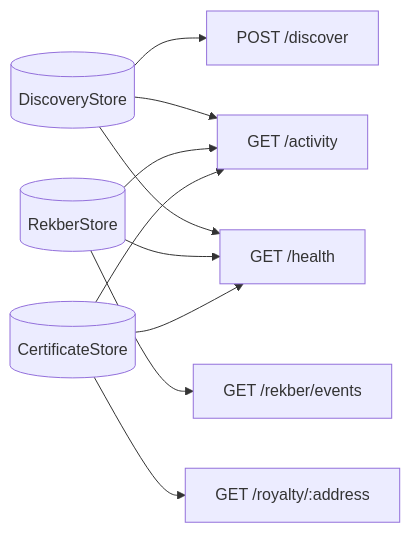
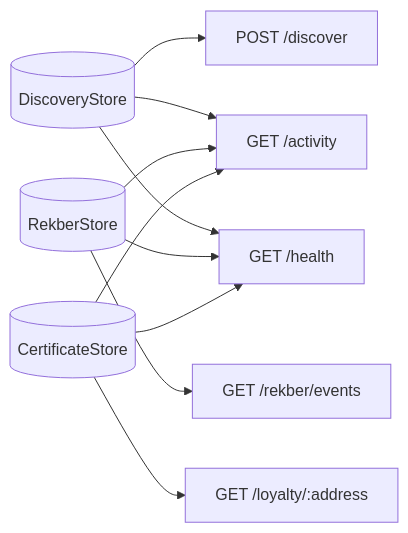
The fourth of 5 diagrams in docs/technical/backend/architecture.md (DXJLabs/vinss), drawn with Mermaid before and after one commit. The commit also changed other lines of this file and 14 other files, not shown here.

````diff
--- a/docs/technical/backend/architecture.md
+++ b/docs/technical/backend/architecture.md
@@ -1182,25 +1182,25 @@
 ```mermaid
 flowchart LR
     D[("DiscoveryStore")]
     R[("RekberStore")]
     C[("CertificateStore")]
 
     DISC["POST /discover"]
     REK["GET /rekber/events"]
     ACT["GET /activity"]
-    ROY["GET /royalty/:address"]
+    ROY["GET /loyalty/:address"]
     HEALTH["GET /health"]
 
     D --> DISC
     D --> ACT
 
     R --> REK
     R --> ACT
 
     C --> ACT
     C --> ROY
 
     D --> HEALTH
     R --> HEALTH
     C --> HEALTH
 ```
````
